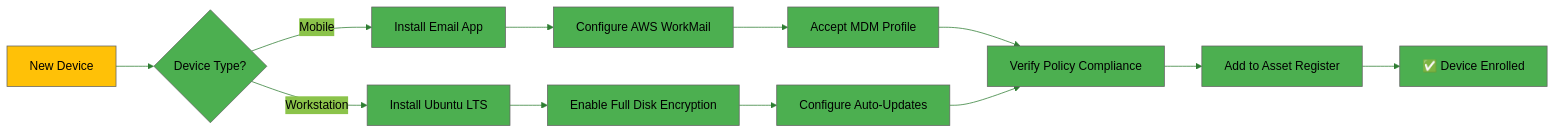
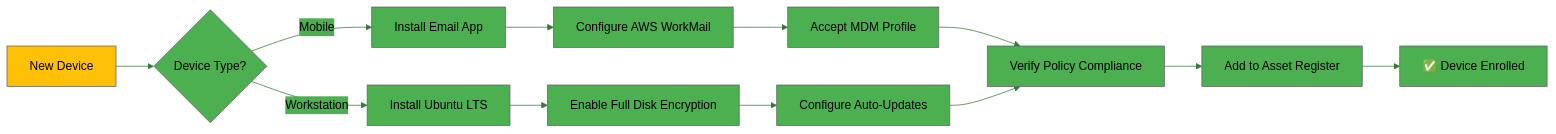
Before and after one commit to Hack23/ISMS-PUBLIC: the second of 3 diagrams in Mobile_Device_Management_Policy.md, drawn with Mermaid. The commit also changed other lines of this file and 35 other files, not shown here.

````diff
--- a/Mobile_Device_Management_Policy.md
+++ b/Mobile_Device_Management_Policy.md
@@ -133,28 +133,28 @@
 ```mermaid
 %%{
   init: {
     'theme': 'base',
     'themeVariables': {
       'primaryColor': '#4CAF50',
       'primaryTextColor': '#000',
       'lineColor': '#2E7D32',
-      'secondaryColor': '#8BC34A'
+      'secondaryColor': '#4CAF50'
     }
   }
 }%%
 flowchart LR
     A[New Device] --> B{Device Type?}
     B -->|Mobile| C[Install Email App]
     B -->|Workstation| D[Install Ubuntu LTS]
     C --> E[Configure AWS WorkMail]
     D --> F[Enable Full Disk Encryption]
     E --> G[Accept MDM Profile]
     F --> H[Configure Auto-Updates]
     G --> I[Verify Policy Compliance]
     H --> I
     I --> J[Add to Asset Register]
     J --> K[✅ Device Enrolled]
     
     style A fill:#FFC107
     style K fill:#4CAF50
 ```
````
